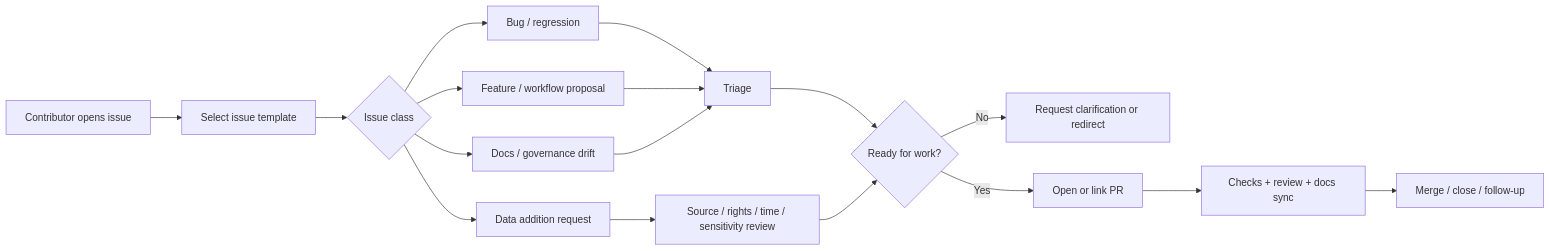
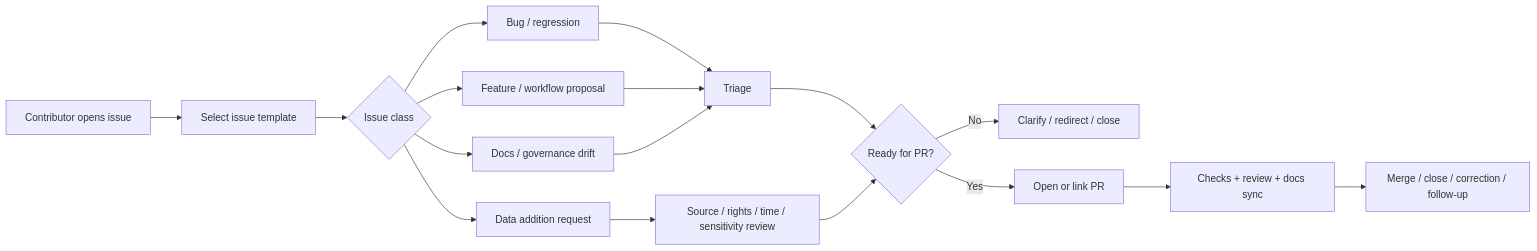
One commit to bartytime4life/Kansas-Frontier-Matrix changed the diagram in .github/ISSUE_TEMPLATE/README.md. Above: the diagram before and after it, drawn with Mermaid. The commit also changed other lines of this file, not shown here.

````diff
--- a/.github/ISSUE_TEMPLATE/README.md
+++ b/.github/ISSUE_TEMPLATE/README.md
@@ -196,24 +204,24 @@
 ```mermaid
 flowchart LR
     A[Contributor opens issue] --> B[Select issue template]
     B --> C{Issue class}
 
     C --> D[Bug / regression]
     C --> E[Feature / workflow proposal]
     C --> F[Data addition request]
     C --> G[Docs / governance drift]
 
     D --> H[Triage]
     E --> H
     G --> H
     F --> I[Source / rights / time / sensitivity review]
 
-    H --> J{Ready for work?}
+    H --> J{Ready for PR?}
     I --> J
 
-    J -- No --> K[Request clarification or redirect]
+    J -- No --> K[Clarify / redirect / close]
     J -- Yes --> L[Open or link PR]
 
     L --> M[Checks + review + docs sync]
-    M --> N[Merge / close / follow-up]
+    M --> N[Merge / close / correction / follow-up]
 ```
````
